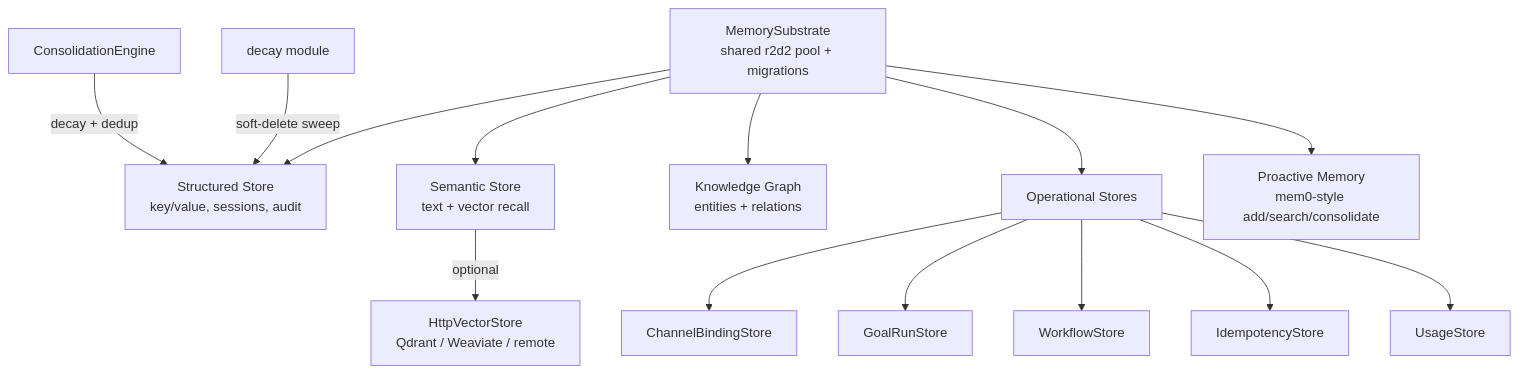
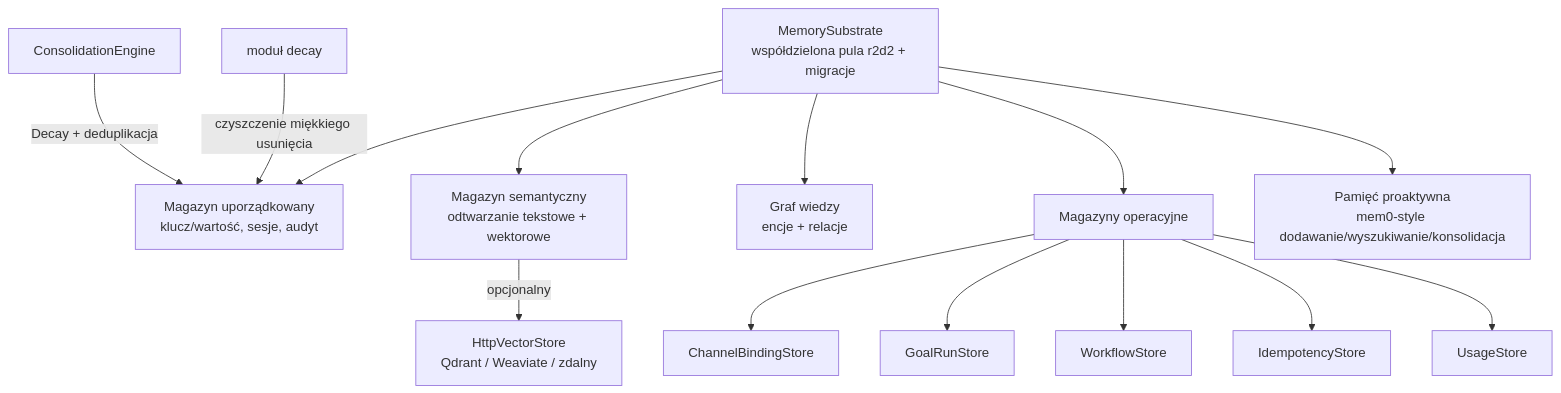
Before and after one commit to leszek3737/librefang-WIki: the diagram in crates-librefang-memory.md, drawn with Mermaid. The commit also changed other lines of this file and 104 other files, not shown here.

````diff
--- a/crates-librefang-memory.md
+++ b/crates-librefang-memory.md
@@ -11,19 +11,19 @@
 ```mermaid
 graph TD
-    Sub[MemorySubstrate<br/>shared r2d2 pool + migrations]
-    Sub --> Structured[Structured Store<br/>key/value, sessions, audit]
-    Sub --> Semantic[Semantic Store<br/>text + vector recall]
-    Sub --> KG[Knowledge Graph<br/>entities + relations]
-    Sub --> OpStores[Operational Stores]
-    Sub --> Proactive[Proactive Memory<br/>mem0-style add/search/consolidate]
+    Sub[MemorySubstrate<br/>współdzielona pula r2d2 + migracje]
+    Sub --> Structured[Magazyn uporządkowany<br/>klucz/wartość, sesje, audyt]
+    Sub --> Semantic[Magazyn semantyczny<br/>odtwarzanie tekstowe + wektorowe]
+    Sub --> KG[Graf wiedzy<br/>encje + relacje]
+    Sub --> OpStores[Magazyny operacyjne]
+    Sub --> Proactive[Pamięć proaktywna<br/>mem0-style dodawanie/wyszukiwanie/konsolidacja]
 
     OpStores --> CB[ChannelBindingStore]
     OpStores --> GR[GoalRunStore]
     OpStores --> WF[WorkflowStore]
     OpStores --> IDEM[IdempotencyStore]
     OpStores --> USG[UsageStore]
 
-    Semantic -->|optional| HVS[HttpVectorStore<br/>Qdrant / Weaviate / remote]
-    Consolidation[ConsolidationEngine] -->|decay + dedup| Structured
-    Decay[decay module] -->|soft-delete sweep| Structured
+    Semantic -->|opcjonalny| HVS[HttpVectorStore<br/>Qdrant / Weaviate / zdalny]
+    Consolidation[ConsolidationEngine] -->| Decay + deduplikacja| Structured
+    Decay[moduł decay] -->|czyszczenie miękkiego usunięcia| Structured
 ```
````
